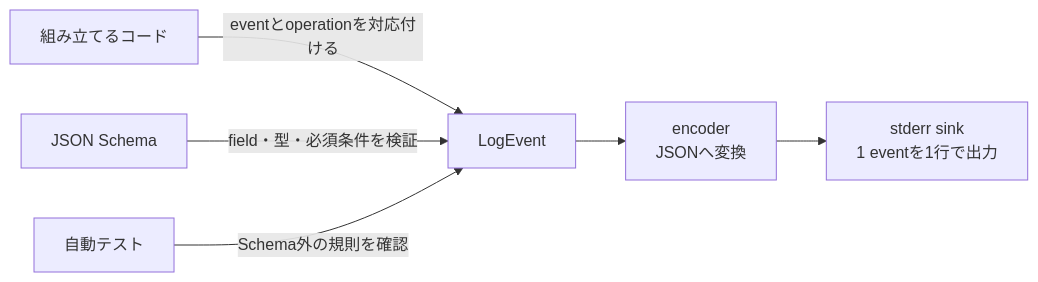
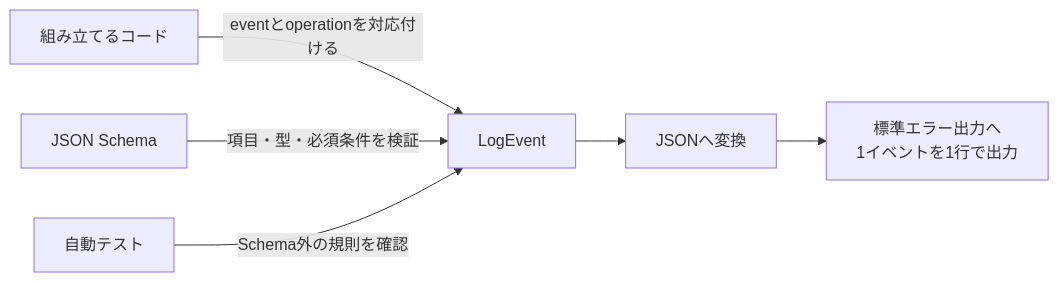
The fourth of 4 diagrams in project-docs/design/エラー・ログ設計.md (takashit16833/RAGScope), drawn with Mermaid before and after one commit. The commit also changed other lines of this file and 36 other files, not shown here.

````diff
--- a/project-docs/design/エラー・ログ設計.md
+++ b/project-docs/design/エラー・ログ設計.md
@@ -392,7 +396,7 @@
 ```mermaid
 flowchart LR
     Builder["組み立てるコード"] -->|eventとoperationを対応付ける| Event["LogEvent"]
-    Schema["JSON Schema"] -->|field・型・必須条件を検証| Event
+    Schema["JSON Schema"] -->|項目・型・必須条件を検証| Event
     Test["自動テスト"] -->|Schema外の規則を確認| Event
-    Event --> Encoder["encoder<br>JSONへ変換"] --> Sink["stderr sink<br>1 eventを1行で出力"]
+    Event --> Encoder["JSONへ変換"] --> Sink["標準エラー出力へ<br>1イベントを1行で出力"]
 ```
````
